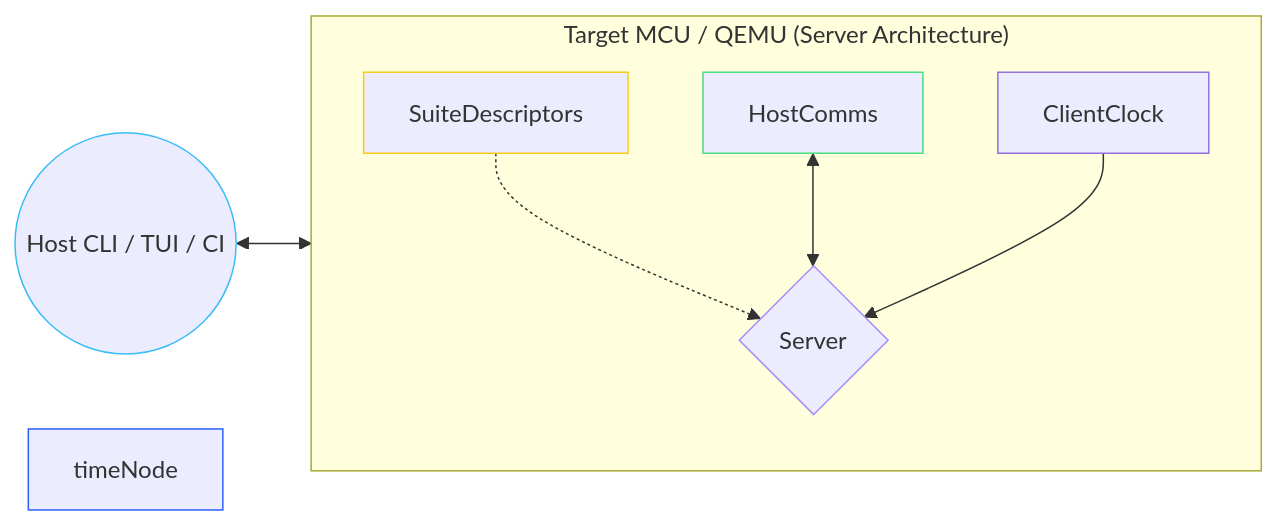
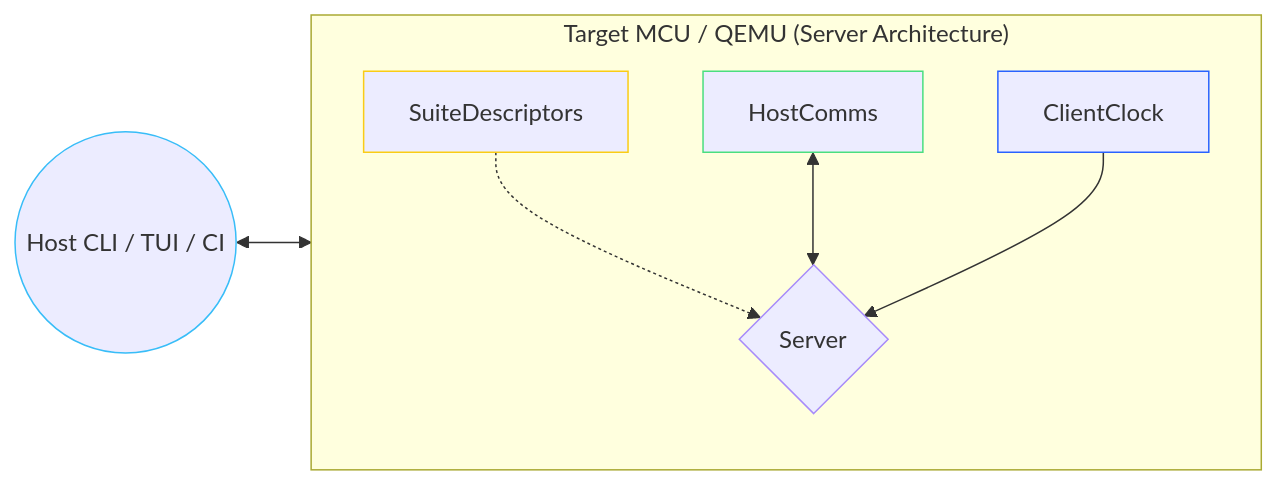
Before and after one commit to Dyse-Industries/control-rs: the diagram in control-rs-hil/README.md, drawn with Mermaid.

Commit message:
diagram update

````diff
--- a/control-rs-hil/README.md
+++ b/control-rs-hil/README.md
@@ -17,29 +17,29 @@
 ```mermaid
 ---
 config:
   layout: fixed
 ---
 flowchart LR
  subgraph Target["Target MCU / QEMU (Server Architecture)"]
     direction TB
         CommsRx["HostComms"]
         Runner{"Server"}
         Tests["SuiteDescriptors"]
         Clock["ClientClock"]
   end
     Tests -. <br> .-> Runner
     Host(("Host CLI / TUI / CI")) <--> CommsRx
     CommsRx <--> Runner
     Clock --> Runner
     
      CommsRx:::commsNode
      Runner:::serverLoop
      Tests:::testNode
      Host:::hostNode
      Clock:::timeNode
     classDef hostNode stroke:#38bdf8
     classDef commsNode stroke:#4ade80
     classDef serverLoop stroke:#a78bfa
     classDef testNode stroke:#facc15
-    style timeNode stroke:#2962FF
+    classDef timeNode stroke:#2962FF
 ```
````
